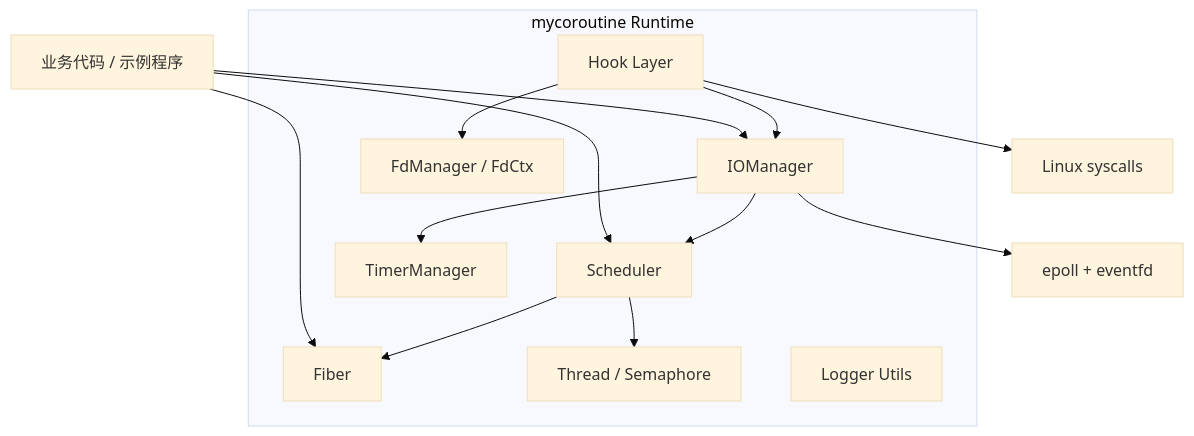
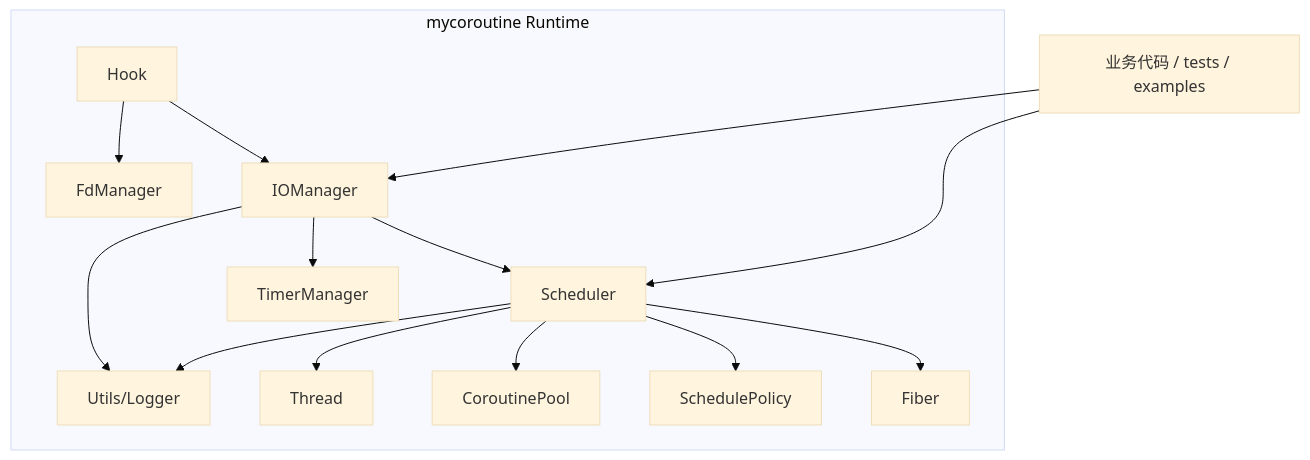
Before and after one commit to lhao4/Coroutine-lib: the diagram in docs/ARCHITECTURE.md, drawn with Mermaid (base theme). The commit also changed other lines of this file and 2 other files, not shown here.

Commit message:
docs: refresh architecture limits and regression report

````diff
--- a/docs/ARCHITECTURE.md
+++ b/docs/ARCHITECTURE.md
@@ -37,29 +24,34 @@
 ```mermaid
 flowchart TB
-    App[业务代码 / 示例程序]
+    App[业务代码 / tests / examples]
 
     subgraph Runtime[mycoroutine Runtime]
-        S[Scheduler]
-        F[Fiber]
+        SCH[Scheduler]
+        FIB[Fiber]
+        POL[SchedulePolicy]
+        CPL[CoroutinePool]
         IOM[IOManager]
-        TM[TimerManager]
-        HK[Hook Layer]
-        FDM[FdManager / FdCtx]
-        TH[Thread / Semaphore]
-        LG[Logger Utils]
+        TIM[TimerManager]
+        HK[Hook]
+        FDM[FdManager]
+        TH[Thread]
+        LG[Utils/Logger]
     end
 
-    App --> S
+    App --> SCH
     App --> IOM
-    App --> F
 
-    S --> F
-    IOM --> S
-    IOM --> TM
+    SCH --> FIB
+    SCH --> POL
+    SCH --> CPL
+    SCH --> TH
+
+    IOM --> SCH
+    IOM --> TIM
+
     HK --> IOM
     HK --> FDM
-    S --> TH
 
-    IOM --> EP[epoll + eventfd]
-    HK --> SYS[Linux syscalls]
+    SCH --> LG
+    IOM --> LG
 ```
````
